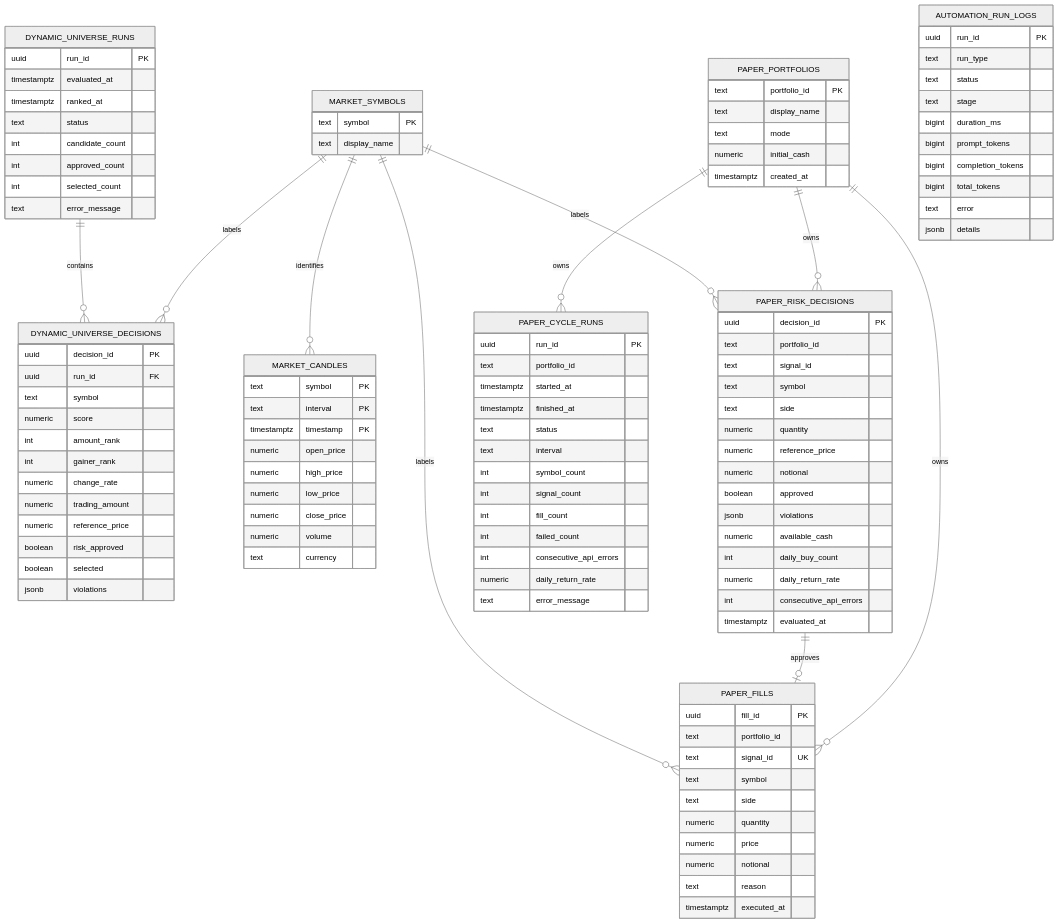
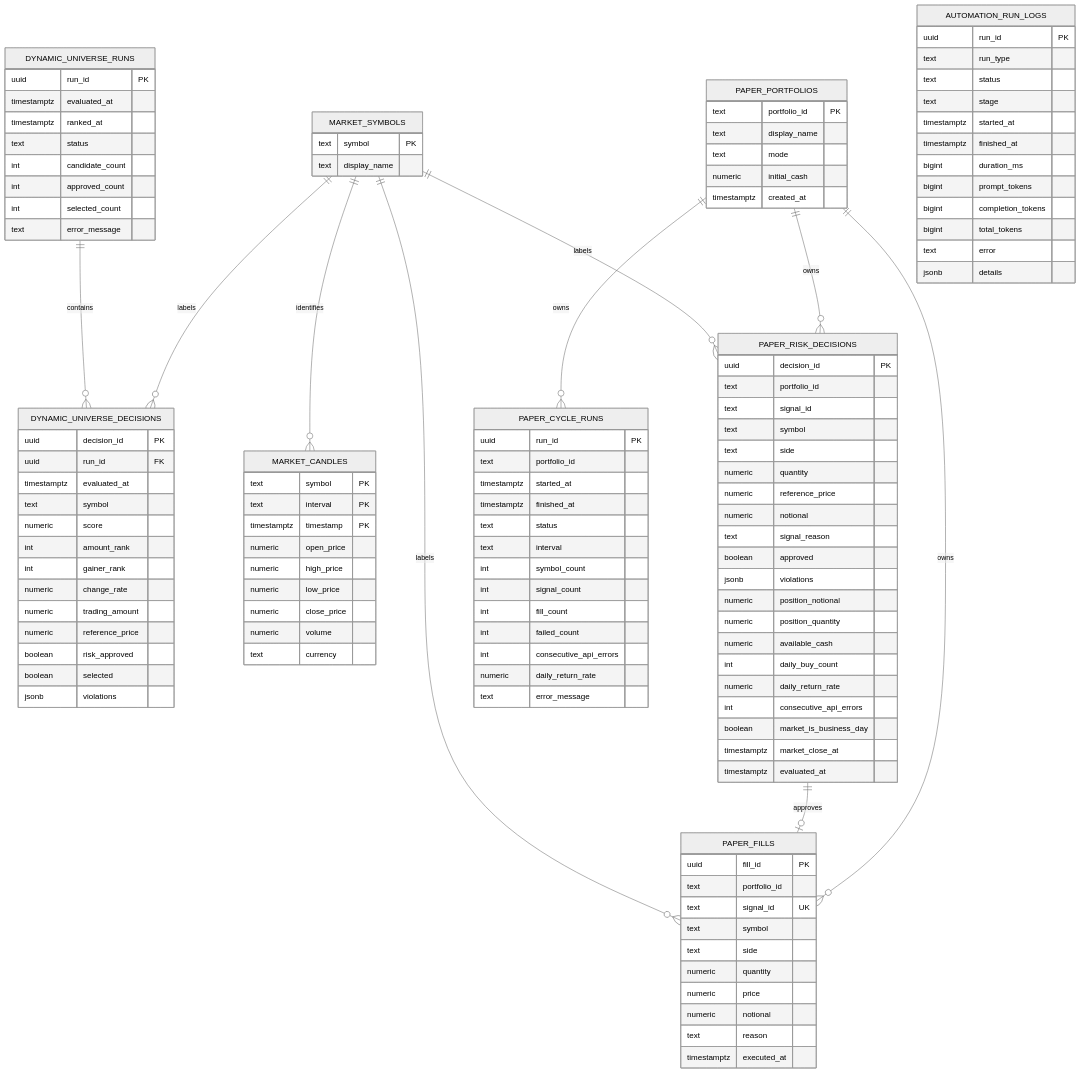
Before and after one commit to hunchulchoi/toss-trader: diagram 12 of 12 in docs/system-workflow.md, drawn with Mermaid (neutral theme). The commit also changed other lines of this file and 5 other files, not shown here.

```diff
--- a/docs/system-workflow.md
+++ b/docs/system-workflow.md
@@ -466,6 +467,7 @@
     DYNAMIC_UNIVERSE_DECISIONS {
         uuid decision_id PK
         uuid run_id FK
+        timestamptz evaluated_at
         text symbol
         numeric score
         int amount_rank
@@ -516,12 +518,17 @@
         numeric quantity
         numeric reference_price
         numeric notional
+        text signal_reason
         boolean approved
         jsonb violations
+        numeric position_notional
+        numeric position_quantity
         numeric available_cash
         int daily_buy_count
         numeric daily_return_rate
         int consecutive_api_errors
+        boolean market_is_business_day
+        timestamptz market_close_at
         timestamptz evaluated_at
     }
     PAPER_FILLS {
@@ -541,6 +548,8 @@
         text run_type
         text status
         text stage
+        timestamptz started_at
+        timestamptz finished_at
         bigint duration_ms
         bigint prompt_tokens
         bigint completion_tokens
```
